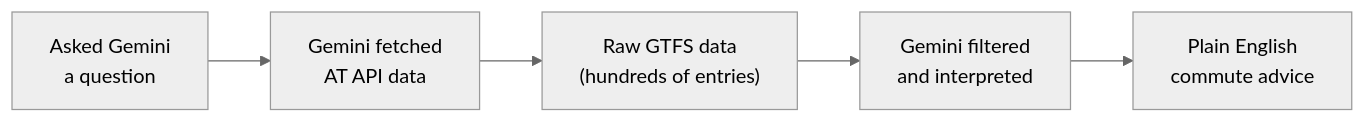
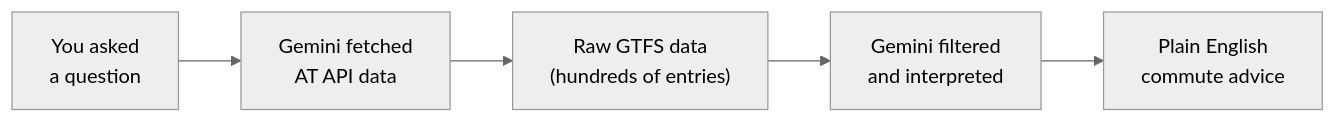
Before and after one commit to ChanMeng666/her-waka: the diagram in tutorial/auckland-commute/check-commute.mdx, drawn with Mermaid (neutral theme). The commit also changed other lines of this file and 38 other files, not shown here.

First line of the commit message:
feat: add voice-first Obsidian CLI tutorials and refactor all tutorials for Wispr Flow + Gemini CLI

````diff
--- a/tutorial/auckland-commute/check-commute.mdx
+++ b/tutorial/auckland-commute/check-commute.mdx
@@ -163,7 +124,7 @@
 ```mermaid
 flowchart LR
-    A["Asked Gemini\na question"] --> B["Gemini fetched\nAT API data"]
+    A["You asked\na question"] --> B["Gemini fetched\nAT API data"]
     B --> C["Raw GTFS data\n(hundreds of entries)"]
     C --> D["Gemini filtered\nand interpreted"]
     D --> E["Plain English\ncommute advice"]
 ```
````
